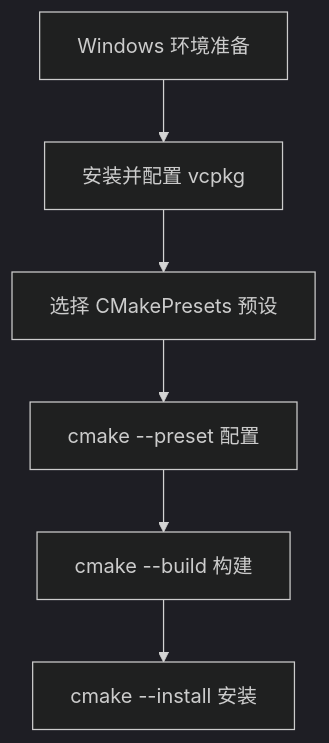
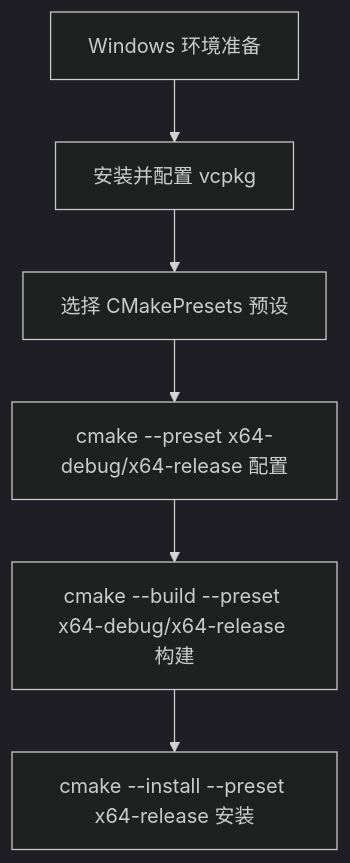
One commit to hsmbanlance/HsBaSlicer changed the seventh of 12 diagrams in .qoder/repowiki/zh/content/项目概述与快速开始.md. Above: the diagram before and after it, drawn with Mermaid (dark theme). The commit also changed other lines of this file and 66 other files, not shown here.

````diff
--- a/.qoder/repowiki/zh/content/项目概述与快速开始.md
+++ b/.qoder/repowiki/zh/content/项目概述与快速开始.md
@@ -330,8 +341,8 @@
 ```mermaid
 flowchart TD
 WinStart["Windows 环境准备"] --> Vcpkg["安装并配置 vcpkg"]
 Vcpkg --> Preset["选择 CMakePresets 预设"]
-Preset --> Configure["cmake --preset 配置"]
-Configure --> Build["cmake --build 构建"]
-Build --> Install["cmake --install 安装"]
+Preset --> Configure["cmake --preset x64-debug/x64-release 配置"]
+Configure --> Build["cmake --build --preset x64-debug/x64-release 构建"]
+Build --> Install["cmake --install --preset x64-release 安装"]
 ```
````
